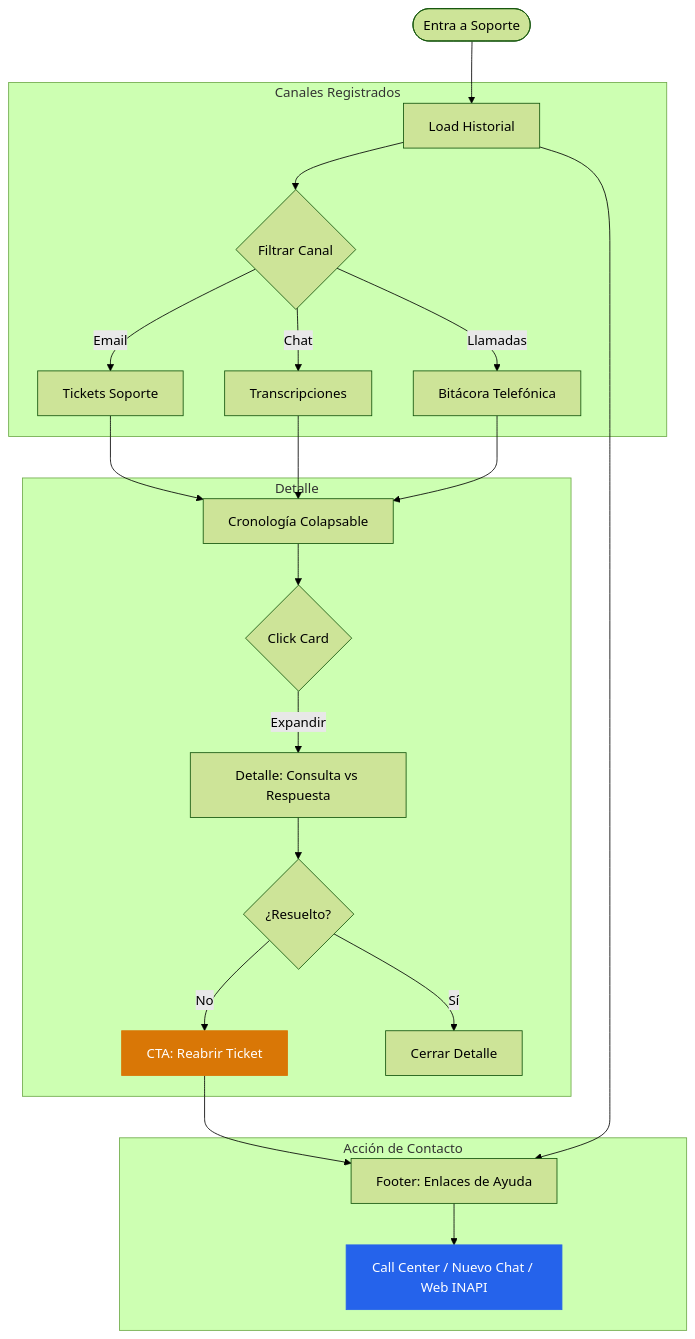
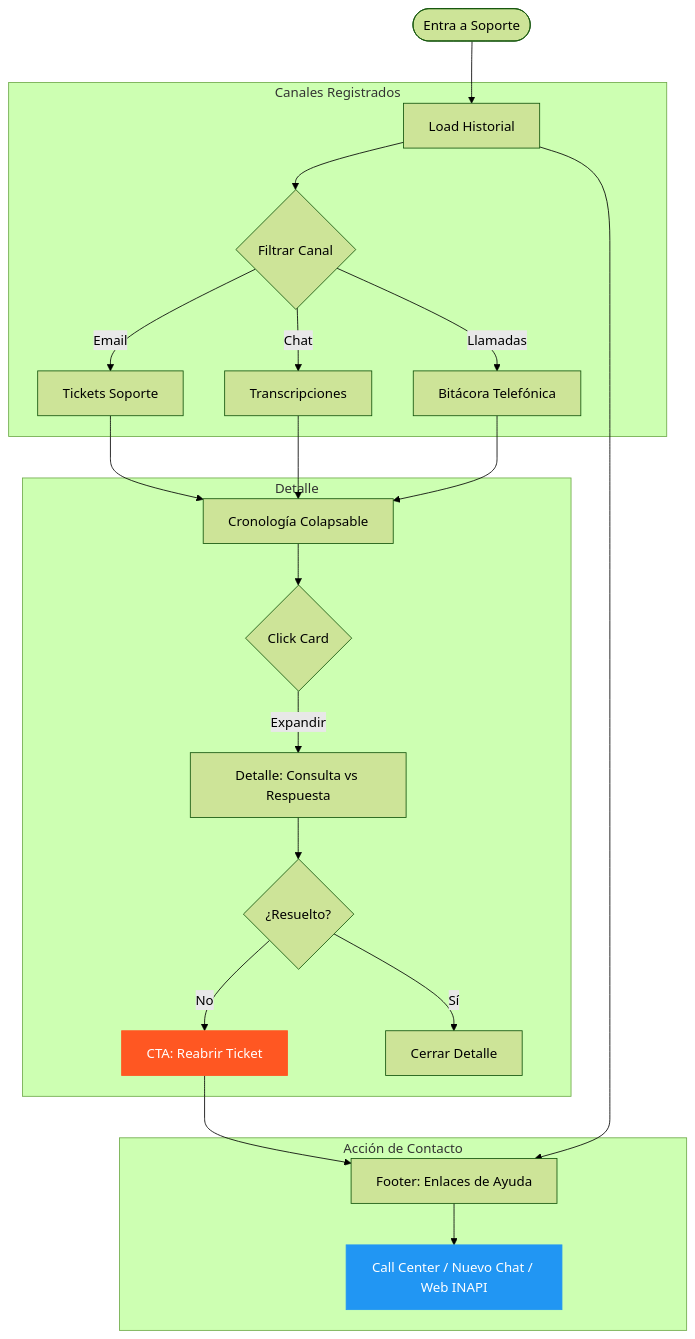
Before and after one commit to Fernandodesign96/mi-inapi-app: the sixth of 8 diagrams in docs/FLOW_DIAGRAMS.md, drawn with Mermaid (forest theme). The commit also changed other lines of this file and 21 other files, not shown here.

````diff
--- a/docs/FLOW_DIAGRAMS.md
+++ b/docs/FLOW_DIAGRAMS.md
@@ -191,28 +193,28 @@
 ```mermaid
 flowchart TD
     A([Entra a Soporte]) --> B[Load Historial]
     
     subgraph Omnicanalidad [Canales Registrados]
         B --> C{Filtrar Canal}
         C -->|Email| D[Tickets Soporte]
         C -->|Chat| E[Transcripciones]
         C -->|Llamadas| F[Bitácora Telefónica]
     end
 
     subgraph Seguimiento [Detalle]
         D & E & F --> G[Cronología Colapsable]
         G --> H{Click Card}
         H -->|Expandir| I[Detalle: Consulta vs Respuesta]
         I --> J{¿Resuelto?}
         J -->|No| K[CTA: Reabrir Ticket]
         J -->|Sí| L[Cerrar Detalle]
     end
 
     subgraph Enlaces_Directos [Acción de Contacto]
         K & B --> M[Footer: Enlaces de Ayuda]
         M --> N[Call Center / Nuevo Chat / Web INAPI]
     end
 
-    style K fill:#D97706,stroke:#D97706,color:#fff
-    style N fill:#2563EB,stroke:#2563EB,color:#fff
+    style K fill:#FF5722,stroke:#FF5722,color:#fff
+    style N fill:#2196F3,stroke:#2196F3,color:#fff
 ```
````
